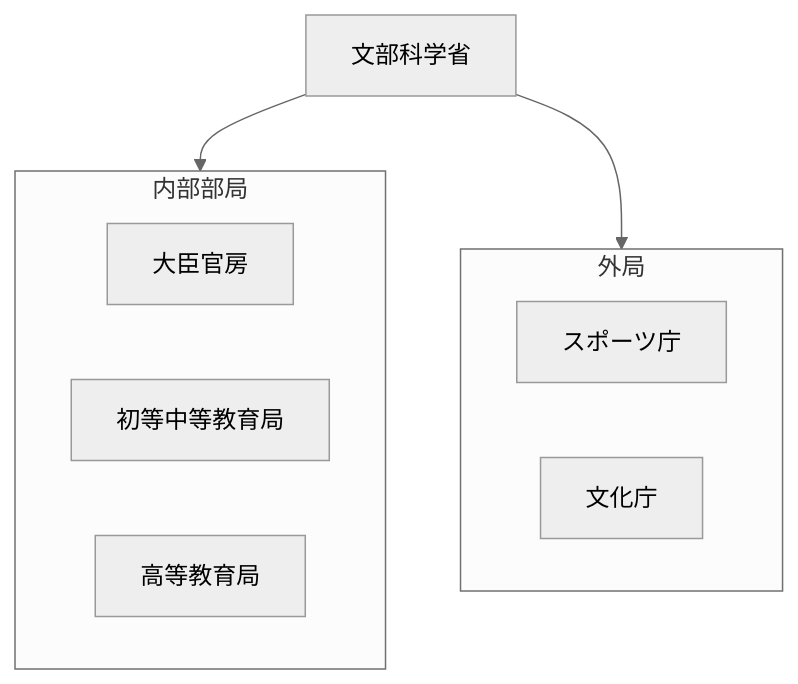
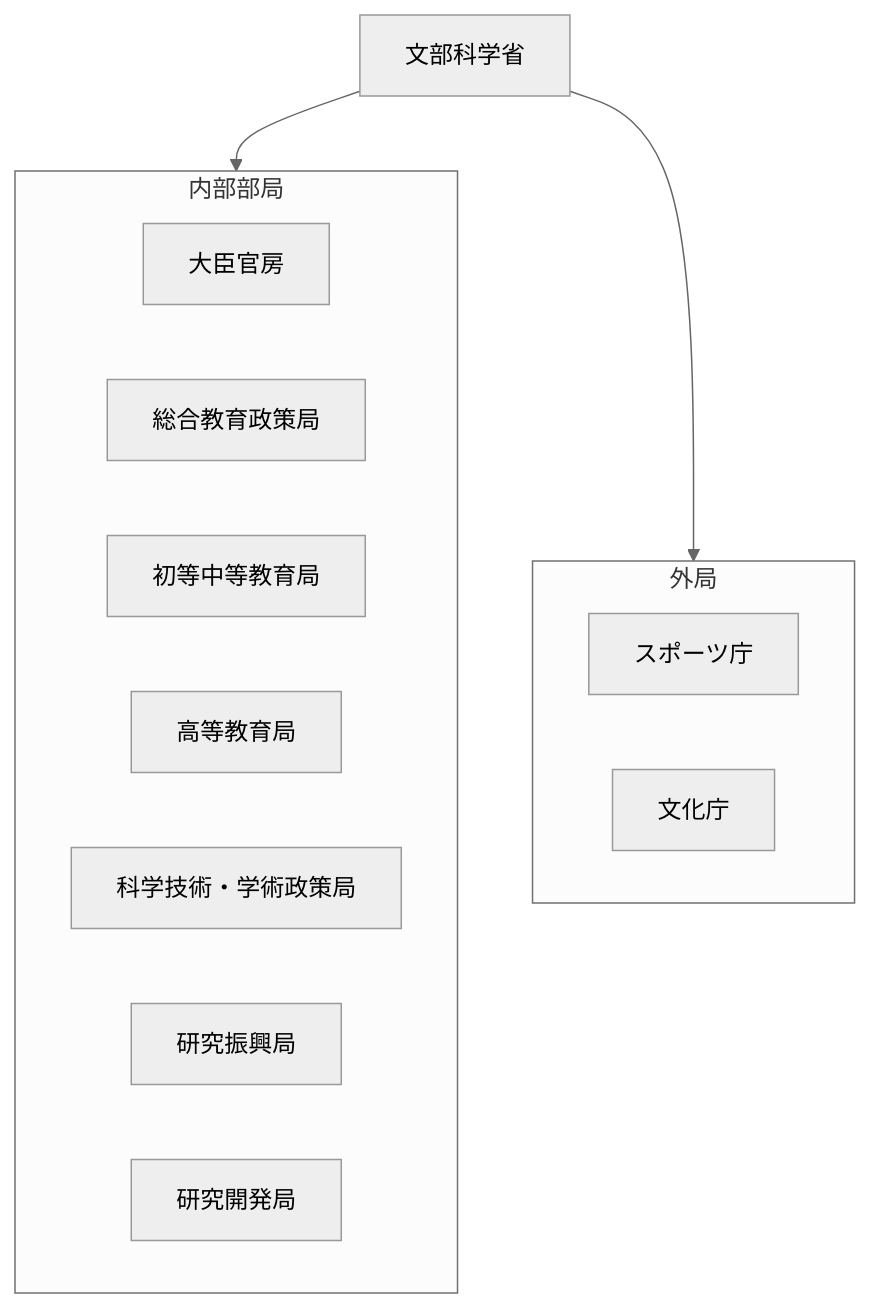
Before and after one commit to tatemaru/jp-admin-org-chart: the diagram in 行政機構/文部科学省/README.md, drawn with Mermaid (neutral theme). The commit also changed 12 other files, not shown here.

First line of the commit message:
chore(snapshot): 行政機構図 2025.8 に追従

````diff
--- a/行政機構/文部科学省/README.md
+++ b/行政機構/文部科学省/README.md
@@ -5,15 +5,19 @@
 ```mermaid
 flowchart TB
   root["文部科学省"]
   subgraph g0["内部部局"]
     n0_0["大臣官房"]
-    n0_1["初等中等教育局"]
-    n0_2["高等教育局"]
+    n0_1["総合教育政策局"]
+    n0_2["初等中等教育局"]
+    n0_3["高等教育局"]
+    n0_4["科学技術・学術政策局"]
+    n0_5["研究振興局"]
+    n0_6["研究開発局"]
   end
   root --> g0
   subgraph g1["外局"]
     n1_0["スポーツ庁"]
     n1_1["文化庁"]
   end
   root --> g1
 ```
````
